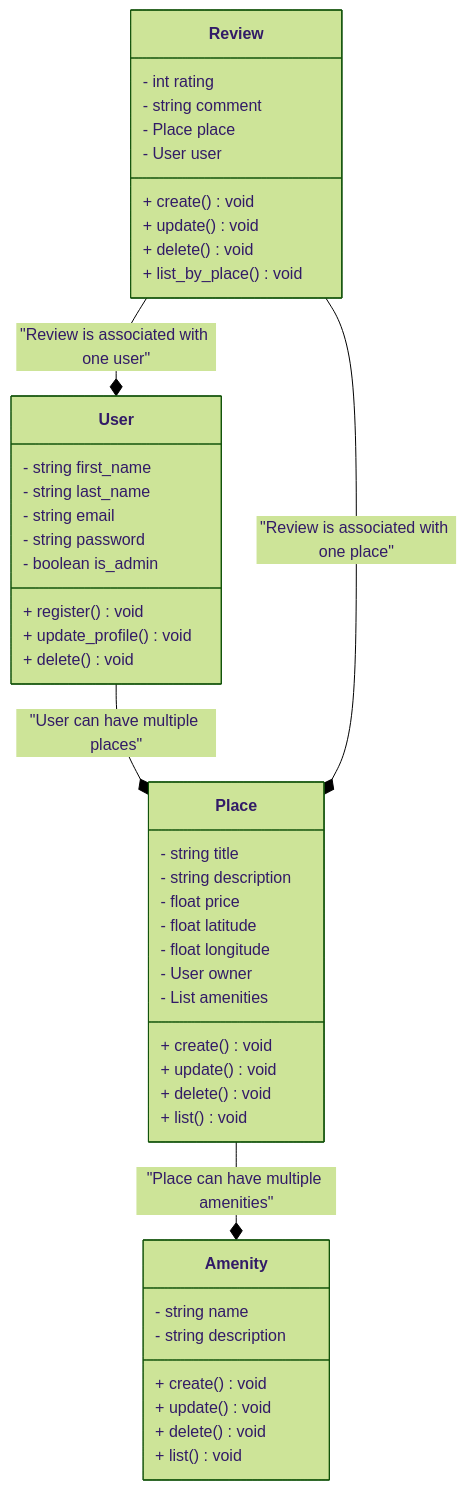
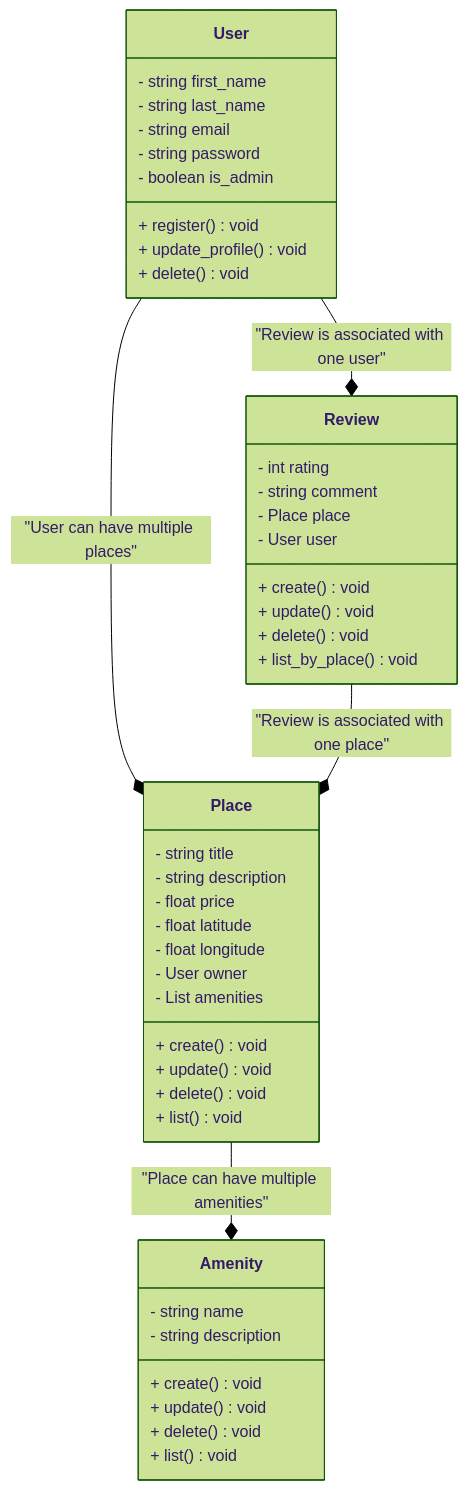
Before and after one commit to mrfouu/holbertonschool-hbnb: the diagram in test diagrammes/DIAGRAMME.md, drawn with Mermaid (forest theme).

Commit message:
change user to review

````diff
--- a/test diagrammes/DIAGRAMME.md
+++ b/test diagrammes/DIAGRAMME.md
@@ -1,52 +1,52 @@
 ```mermaid
 classDiagram
     class User {
         - string first_name
         - string last_name
         - string email
         - string password
         - boolean is_admin
         + register() void
         + update_profile() void
         + delete() void
     }
 
     class Place {
         - string title
         - string description
         - float price
         - float latitude
         - float longitude
         - User owner
         - List<Amenity> amenities
         + create() void
         + update() void
         + delete() void
         + list() void
     }
 
     class Review {
         - int rating
         - string comment
         - Place place
         - User user
         + create() void
         + update() void
         + delete() void
         + list_by_place() void
     }
 
     class Amenity {
         - string name
         - string description
         + create() void
         + update() void
         + delete() void
         + list() void
     }
 
     User --* Place : "User can have multiple places"
     Place --* Amenity : "Place can have multiple amenities"
     Review --* Place : "Review is associated with one place"
-    Review --* User : "Review is associated with one user"
+    User --* Review : "Review is associated with one user"
 ```	
````
